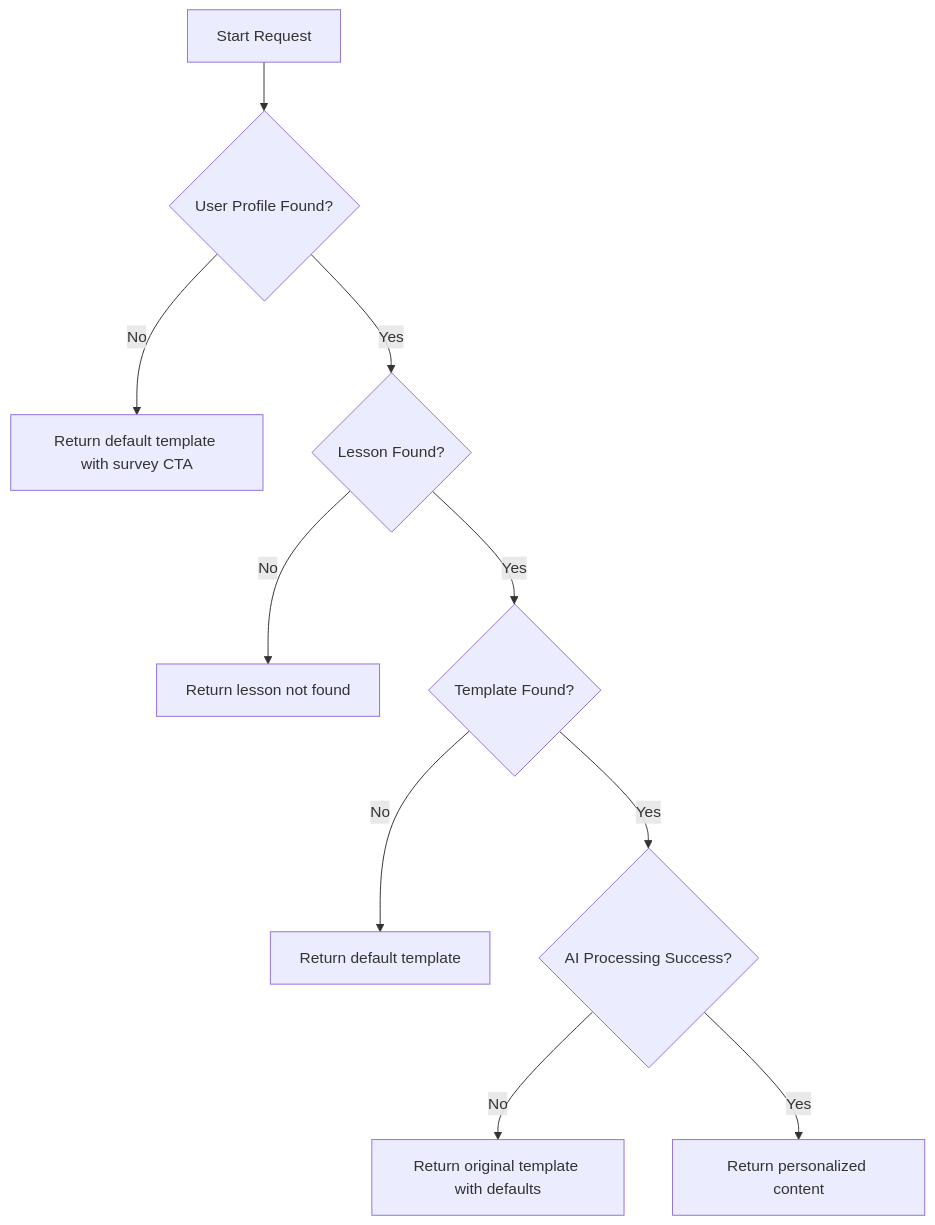
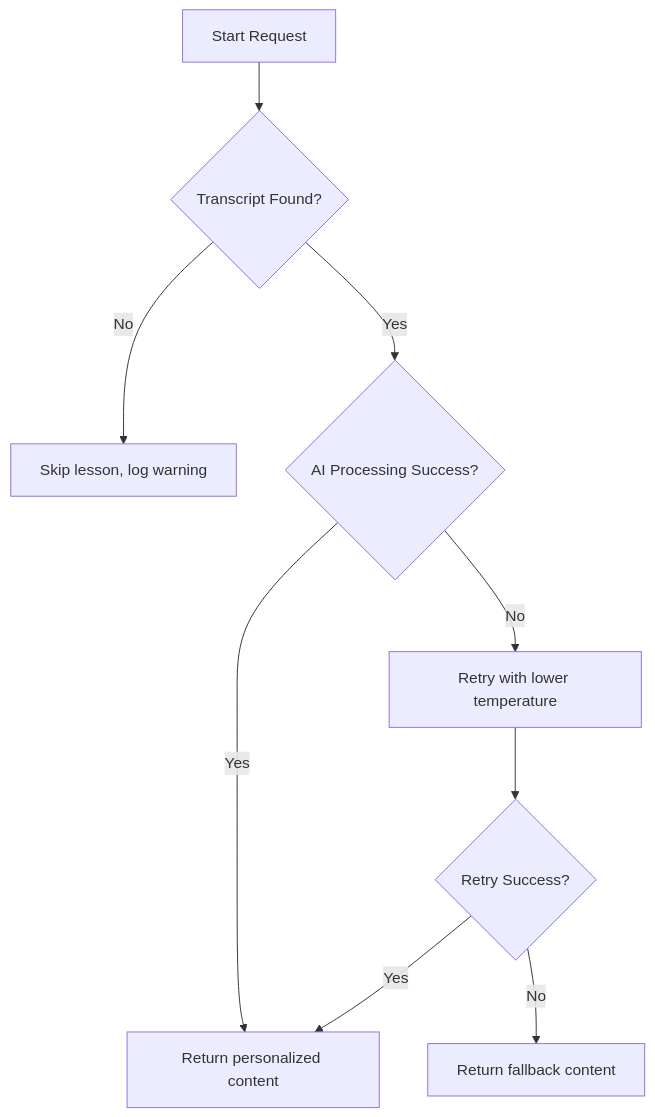
Before and after one commit to lommaks777/pesonalisev2: the fifth of 5 diagrams in .qoder/repowiki/en/content/Personalization Engine/Personalization Engine.md, drawn with Mermaid. The commit also changed other lines of this file and 42 other files, not shown here.

````diff
--- a/.qoder/repowiki/en/content/Personalization Engine/Personalization Engine.md
+++ b/.qoder/repowiki/en/content/Personalization Engine/Personalization Engine.md
@@ -262,12 +263,11 @@
 ```mermaid
 flowchart TD
-A[Start Request] --> B{User Profile Found?}
-B --> |No| C[Return default template with survey CTA]
-B --> |Yes| D{Lesson Found?}
-D --> |No| E[Return lesson not found]
-D --> |Yes| F{Template Found?}
-F --> |No| G[Return default template]
-F --> |Yes| H{AI Processing Success?}
-H --> |No| I[Return original template with defaults]
-H --> |Yes| J[Return personalized content]
+A[Start Request] --> B{Transcript Found?}
+B --> |No| C[Skip lesson, log warning]
+B --> |Yes| D{AI Processing Success?}
+D --> |No| E[Retry with lower temperature]
+E --> F{Retry Success?}
+F --> |Yes| G[Return personalized content]
+F --> |No| H[Return fallback content]
+D --> |Yes| G
 ```
````
